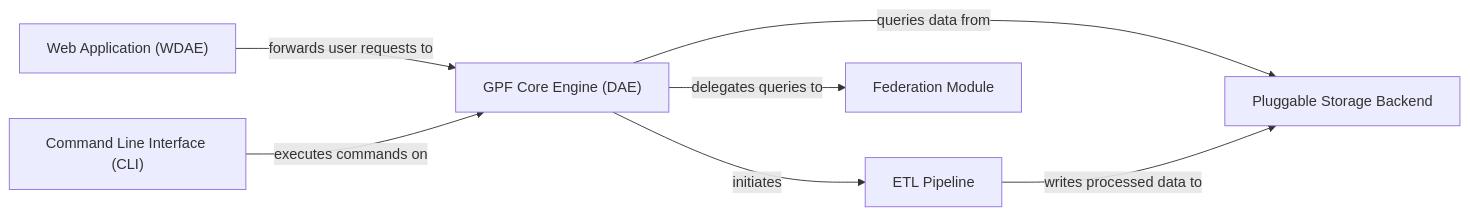
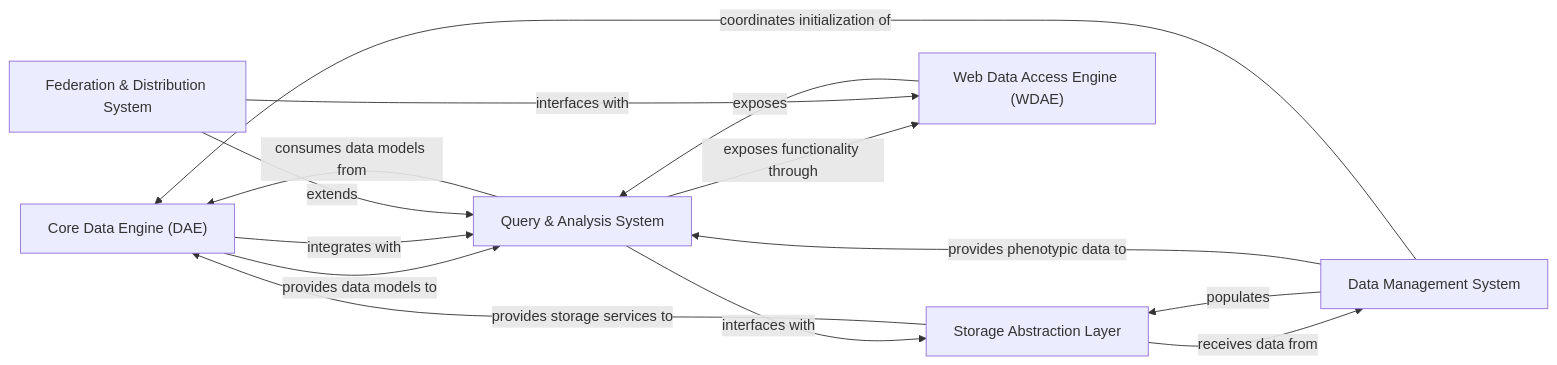
The diagram in gpf/on_boarding.md (CodeBoarding/GeneratedOnBoardings), drawn with Mermaid before and after one commit. The commit also changed other lines of this file and 8 other files, not shown here.

````diff
--- a/gpf/on_boarding.md
+++ b/gpf/on_boarding.md
@@ -1,19 +1,26 @@
 ```mermaid
 graph LR
-    Web_Application_WDAE_["Web Application (WDAE)"]
-    GPF_Core_Engine_DAE_["GPF Core Engine (DAE)"]
-    ETL_Pipeline["ETL Pipeline"]
-    Pluggable_Storage_Backend["Pluggable Storage Backend"]
-    Federation_Module["Federation Module"]
-    Command_Line_Interface_CLI_["Command Line Interface (CLI)"]
-    Web_Application_WDAE_ -- "forwards user requests to" --> GPF_Core_Engine_DAE_
-    Command_Line_Interface_CLI_ -- "executes commands on" --> GPF_Core_Engine_DAE_
-    GPF_Core_Engine_DAE_ -- "initiates" --> ETL_Pipeline
-    GPF_Core_Engine_DAE_ -- "queries data from" --> Pluggable_Storage_Backend
-    ETL_Pipeline -- "writes processed data to" --> Pluggable_Storage_Backend
-    GPF_Core_Engine_DAE_ -- "delegates queries to" --> Federation_Module
-    click Web_Application_WDAE_ href "https://github.com/CodeBoarding/GeneratedOnBoardings/blob/main/gpf/Web_Application_WDAE_.md" "Details"
-    click GPF_Core_Engine_DAE_ href "https://github.com/CodeBoarding/GeneratedOnBoardings/blob/main/gpf/GPF_Core_Engine_DAE_.md" "Details"
-    click ETL_Pipeline href "https://github.com/CodeBoarding/GeneratedOnBoardings/blob/main/gpf/ETL_Pipeline.md" "Details"
-    click Federation_Module href "https://github.com/CodeBoarding/GeneratedOnBoardings/blob/main/gpf/Federation_Module.md" "Details"
+    Core_Data_Engine_DAE_["Core Data Engine (DAE)"]
+    Storage_Abstraction_Layer["Storage Abstraction Layer"]
+    Query_Analysis_System["Query & Analysis System"]
+    Web_Data_Access_Engine_WDAE_["Web Data Access Engine (WDAE)"]
+    Federation_Distribution_System["Federation & Distribution System"]
+    Data_Management_System["Data Management System"]
+    Core_Data_Engine_DAE_ -- "provides data models to" --> Query_Analysis_System
+    Core_Data_Engine_DAE_ -- "integrates with" --> Query_Analysis_System
+    Storage_Abstraction_Layer -- "provides storage services to" --> Core_Data_Engine_DAE_
+    Storage_Abstraction_Layer -- "receives data from" --> Data_Management_System
+    Query_Analysis_System -- "consumes data models from" --> Core_Data_Engine_DAE_
+    Query_Analysis_System -- "interfaces with" --> Storage_Abstraction_Layer
+    Query_Analysis_System -- "exposes functionality through" --> Web_Data_Access_Engine_WDAE_
+    Web_Data_Access_Engine_WDAE_ -- "exposes" --> Query_Analysis_System
+    Federation_Distribution_System -- "extends" --> Query_Analysis_System
+    Federation_Distribution_System -- "interfaces with" --> Web_Data_Access_Engine_WDAE_
+    Data_Management_System -- "populates" --> Storage_Abstraction_Layer
+    Data_Management_System -- "provides phenotypic data to" --> Query_Analysis_System
+    Data_Management_System -- "coordinates initialization of" --> Core_Data_Engine_DAE_
+    click Storage_Abstraction_Layer href "https://github.com/CodeBoarding/GeneratedOnBoardings/blob/main/gpf/Storage_Abstraction_Layer.md" "Details"
+    click Query_Analysis_System href "https://github.com/CodeBoarding/GeneratedOnBoardings/blob/main/gpf/Query_Analysis_System.md" "Details"
+    click Web_Data_Access_Engine_WDAE_ href "https://github.com/CodeBoarding/GeneratedOnBoardings/blob/main/gpf/Web_Data_Access_Engine_WDAE_.md" "Details"
+    click Federation_Distribution_System href "https://github.com/CodeBoarding/GeneratedOnBoardings/blob/main/gpf/Federation_Distribution_System.md" "Details"
 ```
````
